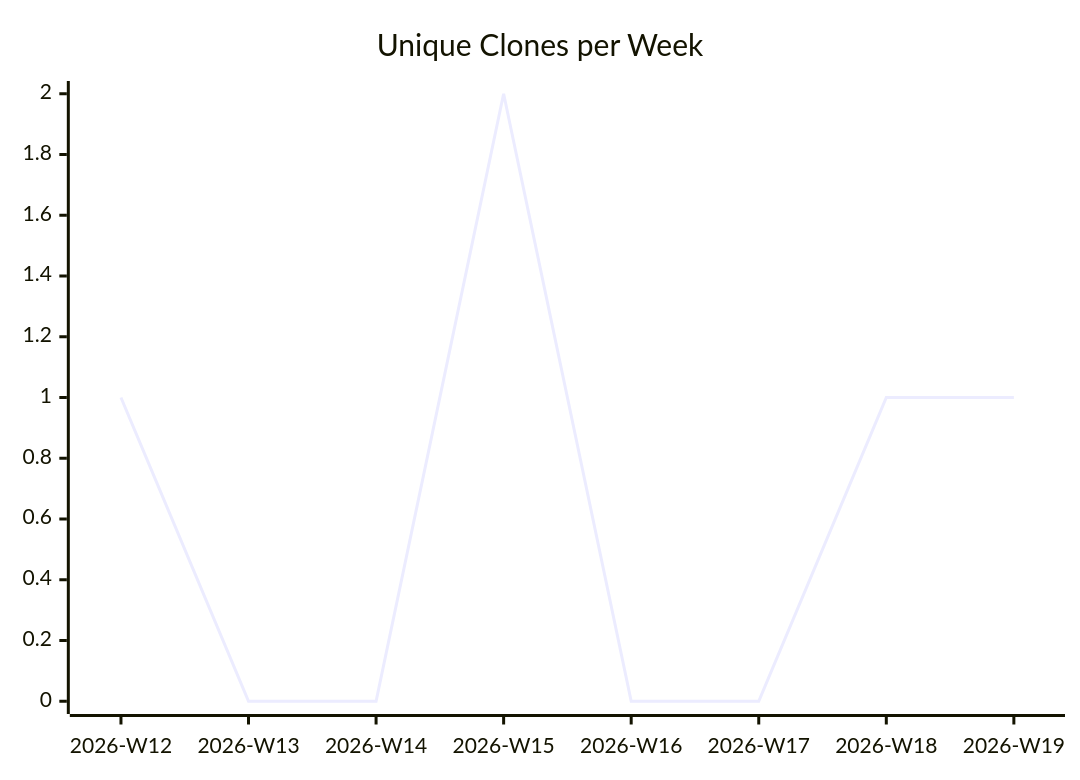
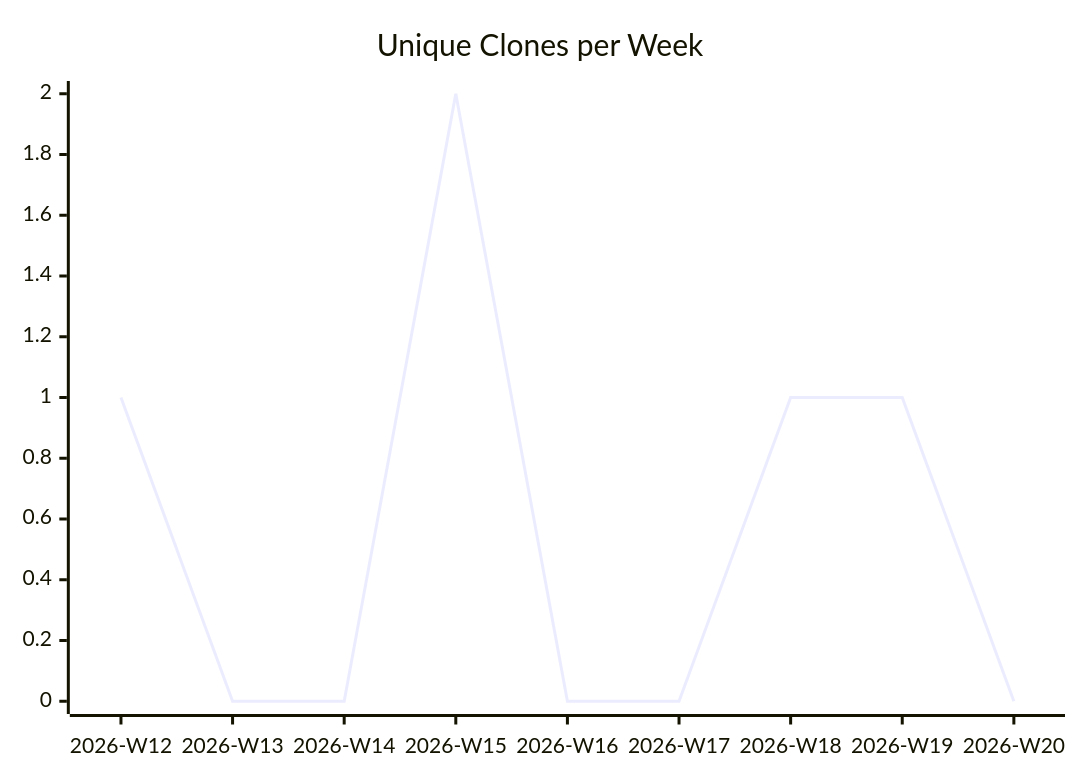
One commit to justdavis-family/github-analytics-data changed the third of 3 diagrams in karlmdavis/liquibase/README.md. Above: the diagram before and after it, drawn with Mermaid. The commit also changed other lines of this file and 176 other files, not shown here.

````diff
--- a/karlmdavis/liquibase/README.md
+++ b/karlmdavis/liquibase/README.md
@@ -19,6 +19,6 @@
 ```mermaid
 xychart-beta
   title "Unique Clones per Week"
-  x-axis ["2026-W12", "2026-W13", "2026-W14", "2026-W15", "2026-W16", "2026-W17", "2026-W18", "2026-W19"]
-  line [1, 0, 0, 2, 0, 0, 1, 1]
+  x-axis ["2026-W12", "2026-W13", "2026-W14", "2026-W15", "2026-W16", "2026-W17", "2026-W18", "2026-W19", "2026-W20"]
+  line [1, 0, 0, 2, 0, 0, 1, 1, 0]
 ```
````
